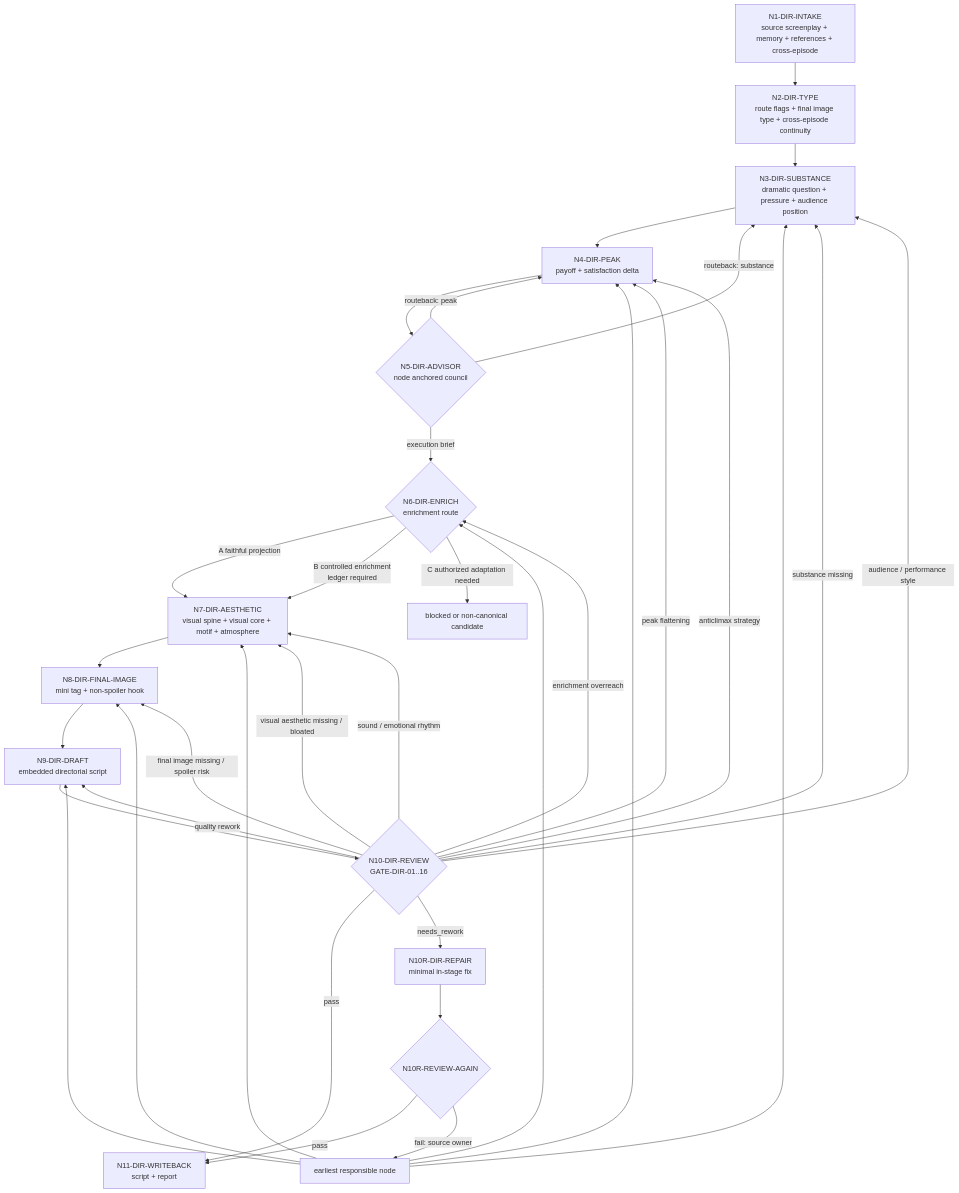
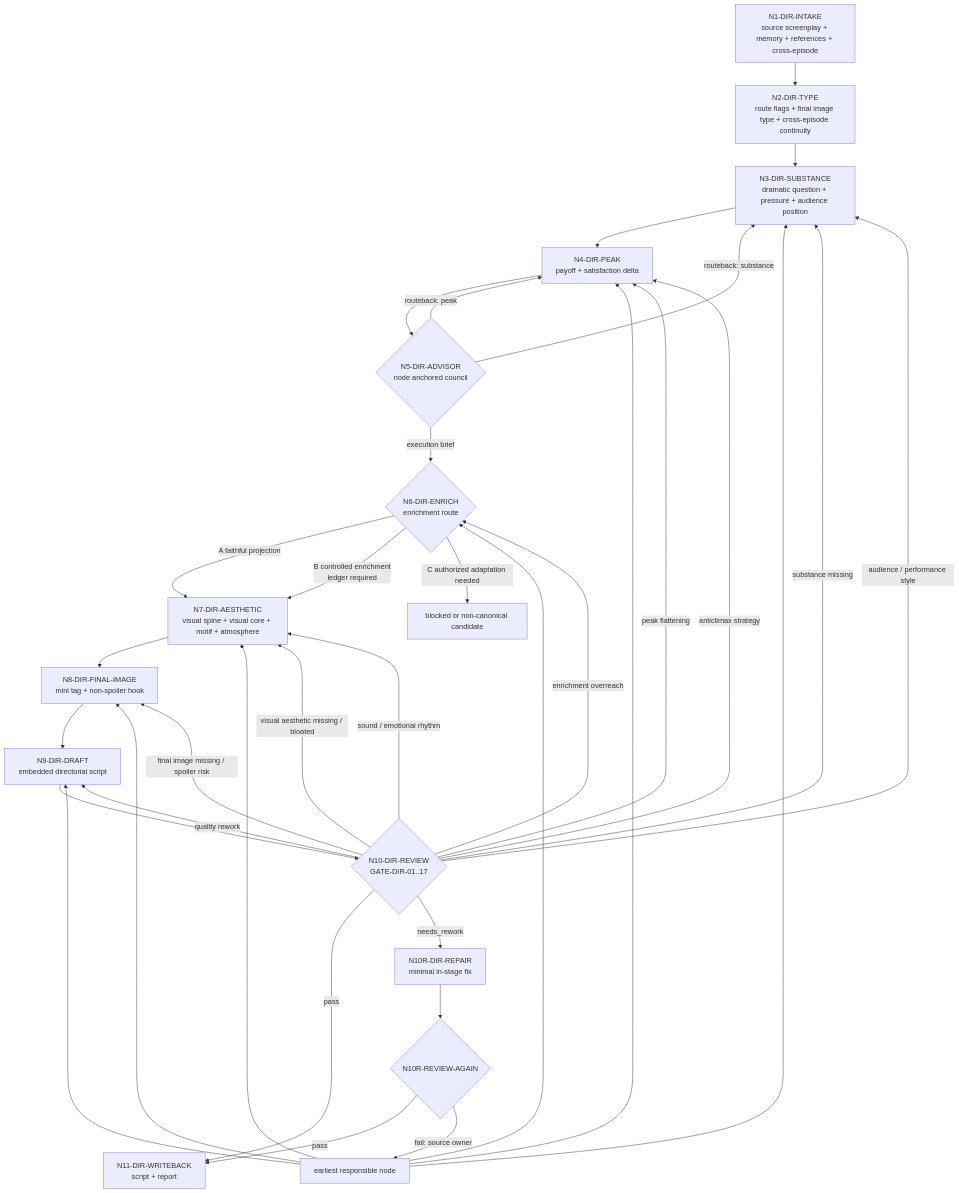
One commit to ZEN-VOID/AI-CUT changed the first of 2 diagrams in .agents/skills/aigc/3-导演/steps/directing-workflow.md. Above: the diagram before and after it, drawn with Mermaid. The commit also changed other lines of this file and 251 other files, not shown here.

````diff
--- a/.agents/skills/aigc/3-导演/steps/directing-workflow.md
+++ b/.agents/skills/aigc/3-导演/steps/directing-workflow.md
@@ -159,36 +162,36 @@
 ```mermaid
 flowchart TD
     A["N1-DIR-INTAKE\nsource screenplay + memory + references + cross-episode"] --> B["N2-DIR-TYPE\nroute flags + final image type + cross-episode continuity"]
     B --> D["N3-DIR-SUBSTANCE\ndramatic question + pressure + audience position"]
     D --> H["N4-DIR-PEAK\npayoff + satisfaction delta"]
     H --> I{"N5-DIR-ADVISOR\nnode anchored council"}
     I -->|"routeback: substance"| D
     I -->|"routeback: peak"| H
     I -->|"execution brief"| EN{"N6-DIR-ENRICH\nenrichment route"}
     EN -->|"A faithful projection"| VA["N7-DIR-AESTHETIC\nvisual spine + visual core + motif + atmosphere"]
     EN -->|"B controlled enrichment\nledger required"| VA
     EN -->|"C authorized adaptation needed"| X["blocked or non-canonical candidate"]
     VA --> FI["N8-DIR-FINAL-IMAGE\nmini tag + non-spoiler hook"]
     FI --> E["N9-DIR-DRAFT\nembedded directorial script"]
-    E --> F{"N10-DIR-REVIEW\nGATE-DIR-01..16"}
+    E --> F{"N10-DIR-REVIEW\nGATE-DIR-01..17"}
     F -->|"pass"| G["N11-DIR-WRITEBACK\nscript + report"]
     F -->|"needs_rework"| R["N10R-DIR-REPAIR\nminimal in-stage fix"]
     R --> RR{"N10R-REVIEW-AGAIN"}
     RR -->|"pass"| G
     RR -->|"fail: source owner"| BACK["earliest responsible node"]
     BACK --> D
     BACK --> H
     BACK --> EN
     BACK --> VA
     BACK --> FI
     BACK --> E
     F -->|"substance missing"| D
     F -->|"peak flattening"| H
     F -->|"enrichment overreach"| EN
     F -->|"visual aesthetic missing / bloated"| VA
     F -->|"final image missing / spoiler risk"| FI
     F -->|"audience / performance style"| D
     F -->|"anticlimax strategy"| H
     F -->|"sound / emotional rhythm"| VA
     F -->|"quality rework"| E
 ```
````
